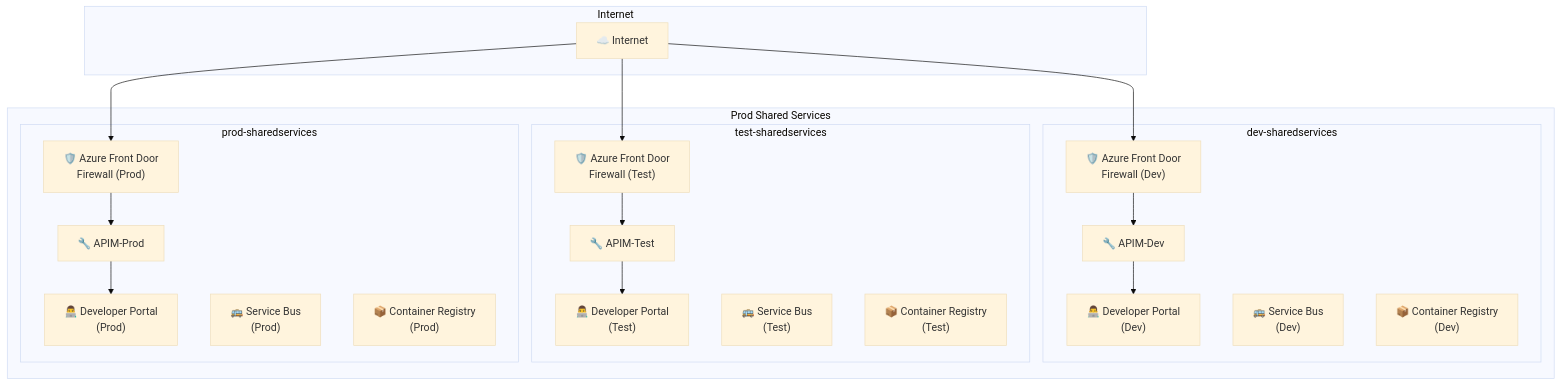
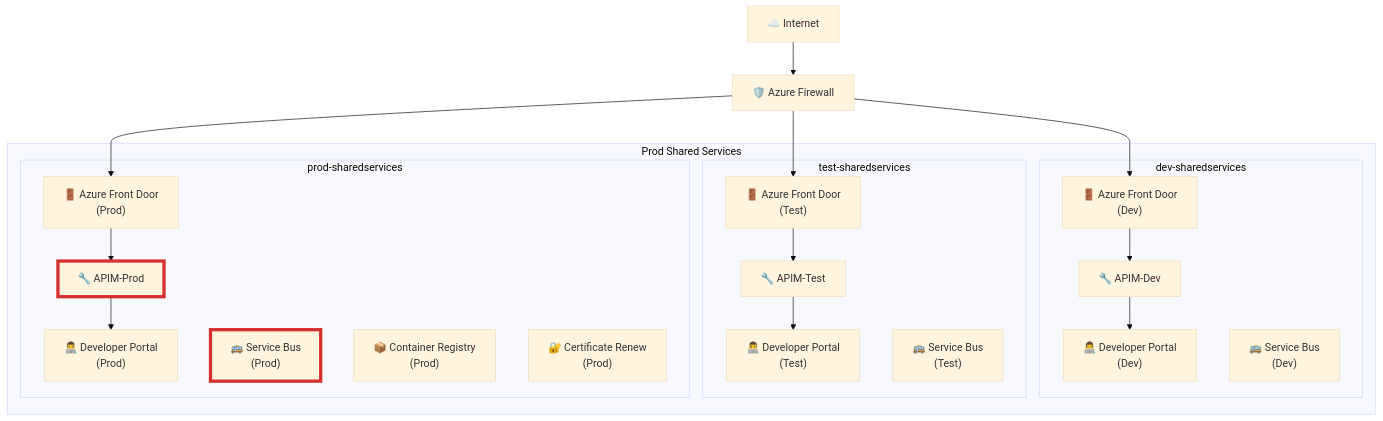
One commit to terchris/urbalurba-infrastructure changed the first of 2 diagrams in doc/presentation/azure/integration-platform.md. Above: the diagram before and after it, drawn with Mermaid (base theme). The commit also changed other lines of this file and 77 other files, not shown here.

````diff
--- a/doc/presentation/azure/integration-platform.md
+++ b/doc/presentation/azure/integration-platform.md
@@ -3,45 +3,49 @@
 ```mermaid
 graph TB
-    subgraph "Internet"
-        CLOUD["☁️ Internet"]
-    end
+    CLOUD["☁️ Internet"]
+    
+    FIREWALL["🛡️ Azure Firewall"]
+    
+    classDef prodSecure stroke:#d63031,stroke-width:5px
     
     subgraph "Prod Shared Services"
         subgraph "dev-sharedservices"
-            FIREWALLDEV["🛡️ Azure Front Door<br/>Firewall (Dev)"]
+            FRONTDOORDEV["🚪 Azure Front Door<br/>(Dev)"]
             APIMDEV["🔧 APIM-Dev"]
             PORTALDEV["👨‍💻 Developer Portal<br/>(Dev)"]
             SERVICEBUSDEV["🚌 Service Bus<br/>(Dev)"]
-            REGISTRYDEV["📦 Container Registry<br/>(Dev)"]
         end
         
         subgraph "test-sharedservices"
-            FIREWALLTEST["🛡️ Azure Front Door<br/>Firewall (Test)"]
+            FRONTDOORTEST["🚪 Azure Front Door<br/>(Test)"]
             APIMTEST["🔧 APIM-Test"]
             PORTALTEST["👨‍💻 Developer Portal<br/>(Test)"]
             SERVICEBUSTEST["🚌 Service Bus<br/>(Test)"]
-            REGISTRYTEST["📦 Container Registry<br/>(Test)"]
         end
         
         subgraph "prod-sharedservices"
-            FIREWALLPROD["🛡️ Azure Front Door<br/>Firewall (Prod)"]
+            FRONTDOORPROD["🚪 Azure Front Door<br/>(Prod)"]
             APIMPROD["🔧 APIM-Prod"]
             PORTALPROD["👨‍💻 Developer Portal<br/>(Prod)"]
             SERVICEBUSPROD["🚌 Service Bus<br/>(Prod)"]
             REGISTRYPROD["📦 Container Registry<br/>(Prod)"]
+            CERTRENEWPROD["🔐 Certificate Renew<br/>(Prod)"]
         end
     end
     
     %% Connections
-    CLOUD --> FIREWALLDEV
-    CLOUD --> FIREWALLTEST
-    CLOUD --> FIREWALLPROD
+    CLOUD --> FIREWALL
+    FIREWALL --> FRONTDOORDEV
+    FIREWALL --> FRONTDOORTEST
+    FIREWALL --> FRONTDOORPROD
     
-    FIREWALLDEV --> APIMDEV
-    FIREWALLTEST --> APIMTEST
-    FIREWALLPROD --> APIMPROD
+    FRONTDOORDEV --> APIMDEV
+    FRONTDOORTEST --> APIMTEST
+    FRONTDOORPROD --> APIMPROD
     
     APIMDEV --> PORTALDEV
     APIMTEST --> PORTALTEST
     APIMPROD --> PORTALPROD
+    
+    class SERVICEBUSPROD,APIMPROD prodSecure
 ```
````
